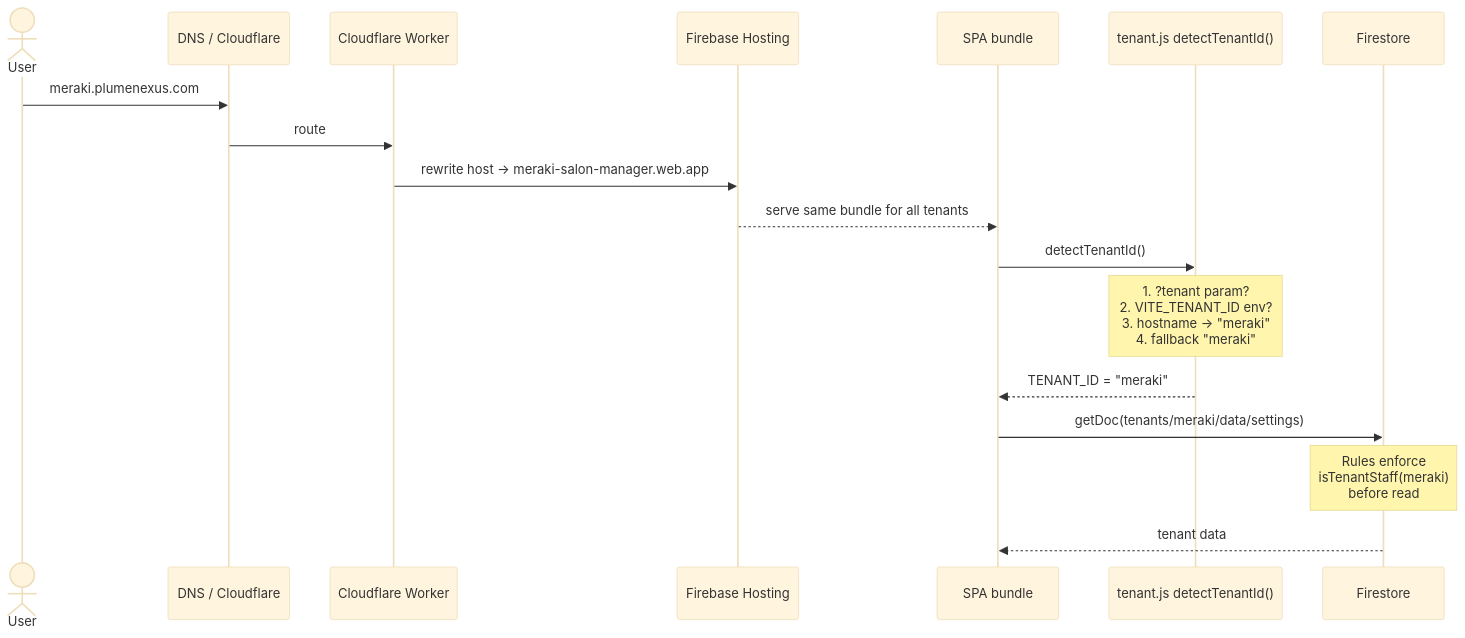
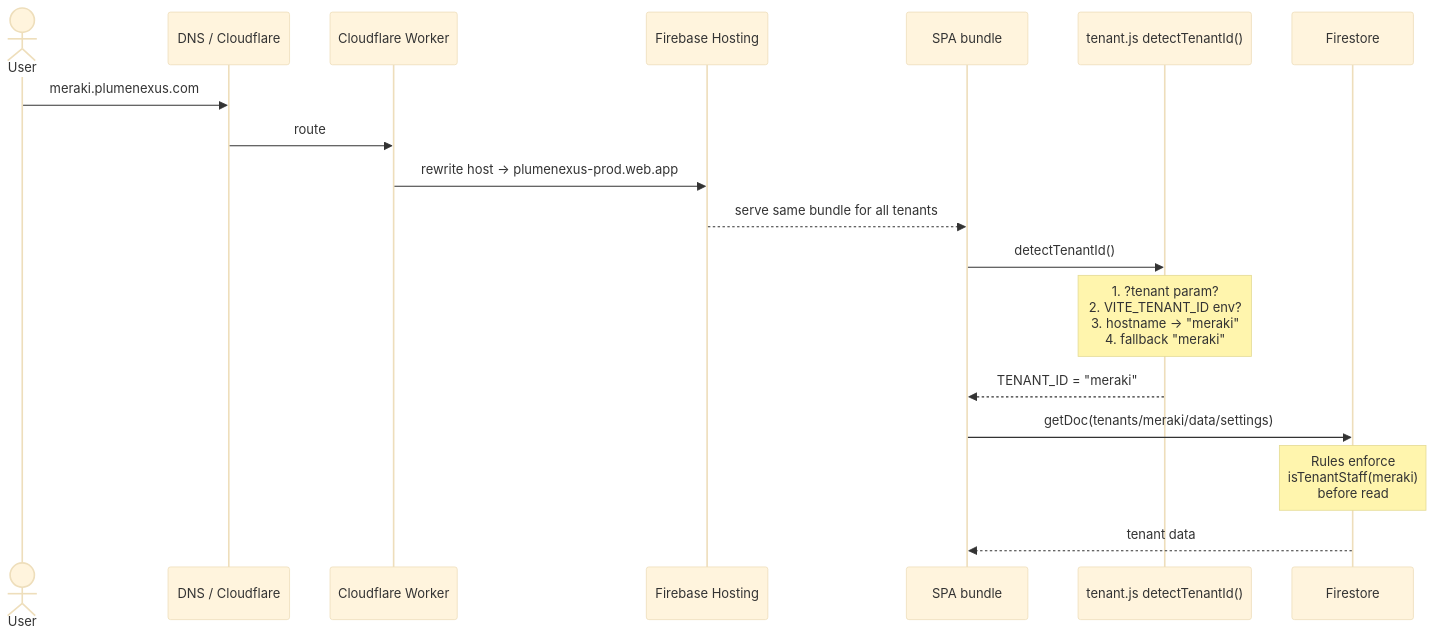
The fifth of 12 diagrams in ARCHITECTURE.md (vankimj/meraki-salon-manager), drawn with Mermaid (base theme) before and after one commit. The commit also changed other lines of this file and 35 other files, not shown here.

````diff
--- a/ARCHITECTURE.md
+++ b/ARCHITECTURE.md
@@ -241,21 +241,21 @@
 ```mermaid
 sequenceDiagram
     actor U as User
     participant DNS as DNS / Cloudflare
     participant CFW as Cloudflare Worker
     participant FH as Firebase Hosting
     participant SPA as SPA bundle
     participant TJS as tenant.js detectTenantId()
     participant FS as Firestore
 
     U->>DNS: meraki.plumenexus.com
     DNS->>CFW: route
-    CFW->>FH: rewrite host → meraki-salon-manager.web.app
+    CFW->>FH: rewrite host → plumenexus-prod.web.app
     FH-->>SPA: serve same bundle for all tenants
     SPA->>TJS: detectTenantId()
     Note over TJS: 1. ?tenant param?<br/>2. VITE_TENANT_ID env?<br/>3. hostname → "meraki"<br/>4. fallback "meraki"
     TJS-->>SPA: TENANT_ID = "meraki"
     SPA->>FS: getDoc(tenants/meraki/data/settings)
     Note over FS: Rules enforce<br/>isTenantStaff(meraki)<br/>before read
     FS-->>SPA: tenant data
 ```
````
